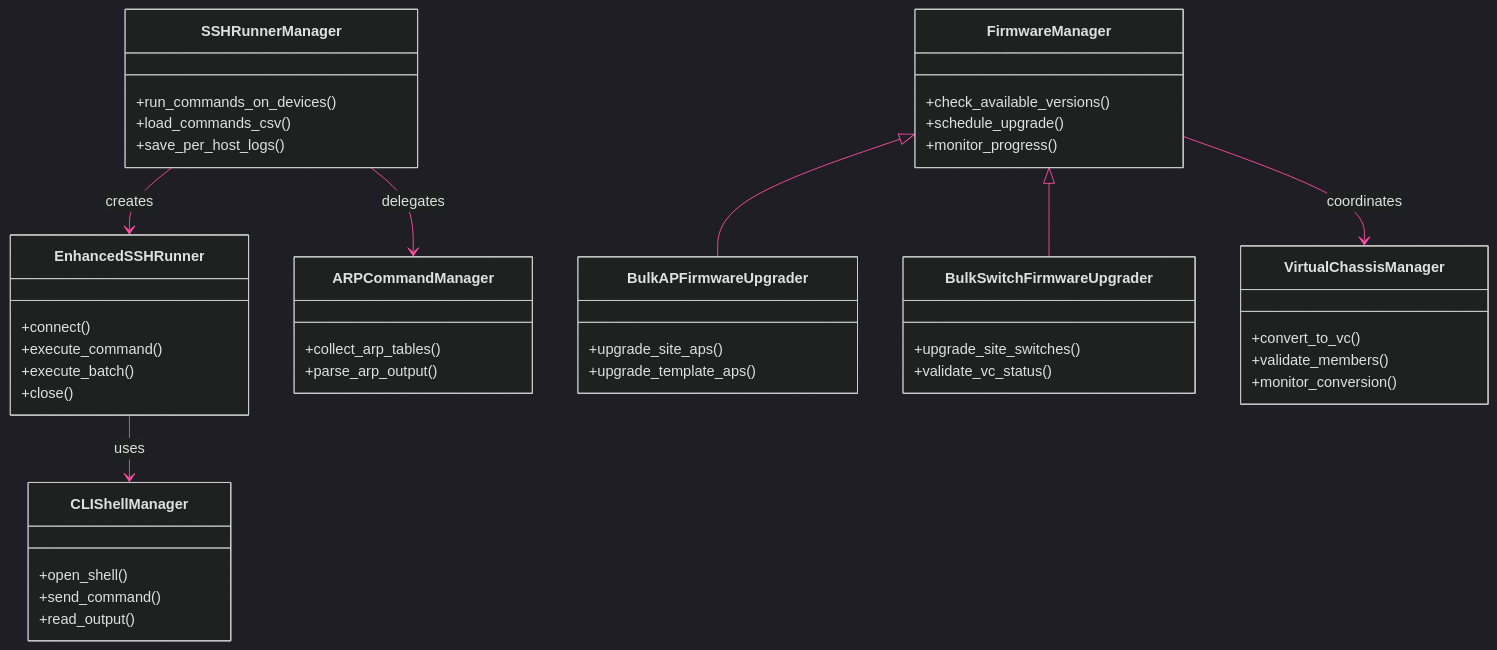
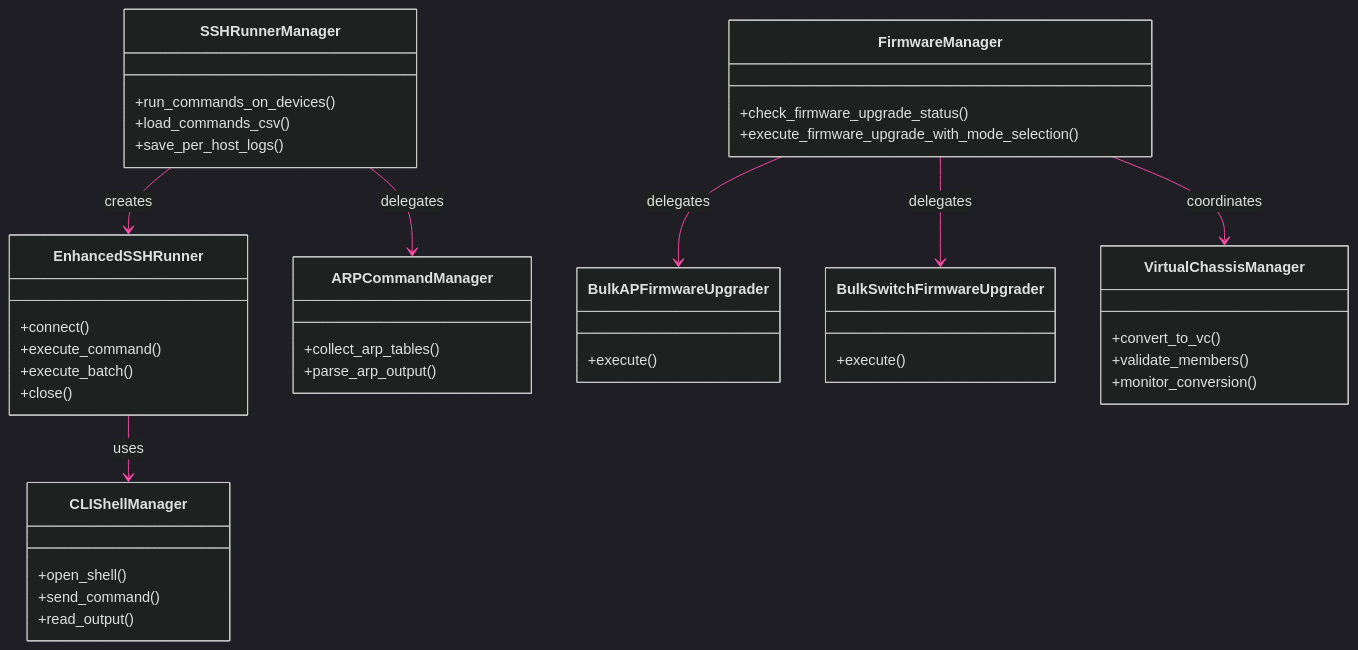
The second of 3 diagrams in documentation/diagrams/class-hierarchy/managers.md (jmorrison-juniper/MistHelper), drawn with Mermaid before and after one commit. The commit also changed 193 other files, not shown here.

````diff
--- a/documentation/diagrams/class-hierarchy/managers.md
+++ b/documentation/diagrams/class-hierarchy/managers.md
@@ -63,66 +63,63 @@
 ```mermaid
 %%{init: {'theme': 'dark', 'themeVariables': {
   'primaryColor': '#E20074',
   'primaryTextColor': '#E0E0E0',
   'primaryBorderColor': '#99004D',
   'lineColor': '#FF4DA6',
   'secondaryColor': '#16213E',
   'tertiaryColor': '#1A1A2E',
   'fontFamily': 'ui-monospace, monospace'
 }}}%%
 classDiagram
     direction TB
 
     class EnhancedSSHRunner {
         +connect()
         +execute_command()
         +execute_batch()
         +close()
     }
 
     class SSHRunnerManager {
         +run_commands_on_devices()
         +load_commands_csv()
         +save_per_host_logs()
     }
 
     class CLIShellManager {
         +open_shell()
         +send_command()
         +read_output()
     }
 
     class ARPCommandManager {
         +collect_arp_tables()
         +parse_arp_output()
     }
 
     class FirmwareManager {
-        +check_available_versions()
-        +schedule_upgrade()
-        +monitor_progress()
+        +check_firmware_upgrade_status()
+        +execute_firmware_upgrade_with_mode_selection()
     }
 
     class BulkAPFirmwareUpgrader {
-        +upgrade_site_aps()
-        +upgrade_template_aps()
+        +execute()
     }
 
     class BulkSwitchFirmwareUpgrader {
-        +upgrade_site_switches()
-        +validate_vc_status()
+        +execute()
     }
 
     class VirtualChassisManager {
         +convert_to_vc()
         +validate_members()
         +monitor_conversion()
     }
 
     SSHRunnerManager --> EnhancedSSHRunner : creates
     EnhancedSSHRunner --> CLIShellManager : uses
     SSHRunnerManager --> ARPCommandManager : delegates
-    FirmwareManager <|-- BulkAPFirmwareUpgrader
-    FirmwareManager <|-- BulkSwitchFirmwareUpgrader
+    FirmwareManager --> BulkAPFirmwareUpgrader : delegates
+    FirmwareManager --> BulkSwitchFirmwareUpgrader : delegates
     FirmwareManager --> VirtualChassisManager : coordinates
 ```
````
